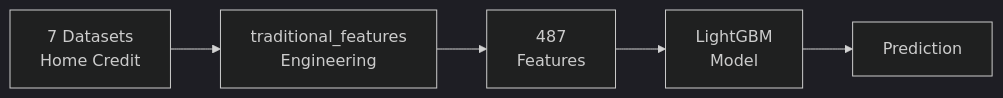
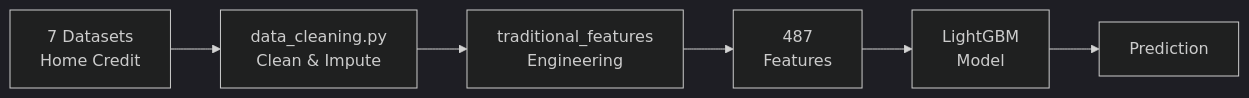
The second of 10 diagrams in ARCHITECTURE_GUIDE_COMPACT.md (walterzenia/A-smart-Loan-default-hybrid-system), drawn with Mermaid (dark theme) before and after one commit. The commit also changed other lines of this file and 13 other files, not shown here.

First line of the commit message:
Centralize data cleaning logic in data_cleaning.py module

````diff
--- a/ARCHITECTURE_GUIDE_COMPACT.md
+++ b/ARCHITECTURE_GUIDE_COMPACT.md
@@ -33,7 +33,8 @@
 ```mermaid
 graph LR
-    A[7 Datasets<br/>Home Credit] --> B[traditional_features<br/>Engineering]
+    A[7 Datasets<br/>Home Credit] --> A1[data_cleaning.py<br/>Clean & Impute]
+    A1 --> B[traditional_features<br/>Engineering]
     B --> C[487<br/>Features]
     C --> D[LightGBM<br/>Model]
     D --> E[Prediction]
 ```
````
